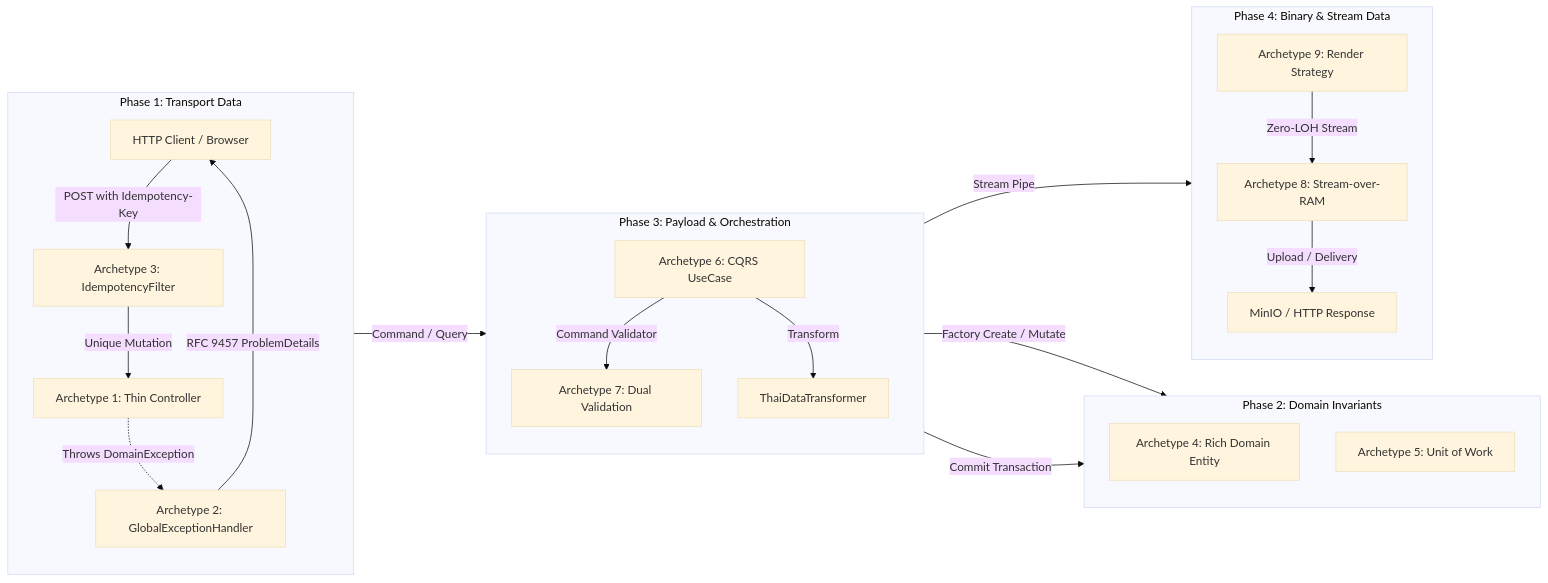
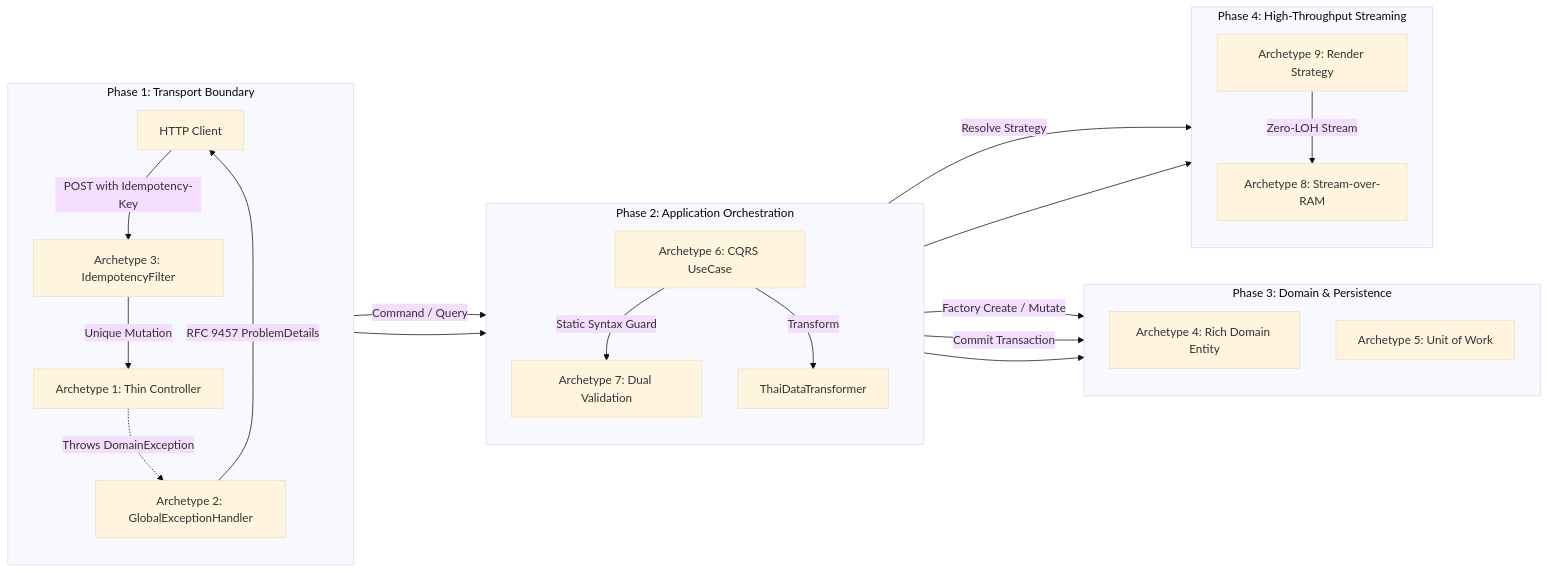
The second of 2 diagrams in docs/AI/PATTERNS.md (suang05/doc_template), drawn with Mermaid (base theme) before and after one commit. The commit also changed other lines of this file and 1 other file, not shown here.

````diff
--- a/docs/AI/PATTERNS.md
+++ b/docs/AI/PATTERNS.md
@@ -64,30 +143,33 @@
 ```mermaid
 graph LR
-    subgraph Phase1["Phase 1: Transport Data"]
+    subgraph Phase1["Phase 1: Transport Boundary"]
         direction TB
-        Client["HTTP Client / Browser"] -->|"POST with Idempotency-Key"| Idemp["Archetype 3: IdempotencyFilter"]
+        Client["HTTP Client"] -->|"POST with Idempotency-Key"| Idemp["Archetype 3: IdempotencyFilter"]
         Idemp -->|"Unique Mutation"| Ctrl["Archetype 1: Thin Controller"]
         Ctrl -.->|"Throws DomainException"| ExHandler["Archetype 2: GlobalExceptionHandler"]
         ExHandler -->|"RFC 9457 ProblemDetails"| Client
     end
 
-    subgraph Phase3["Phase 3: Payload & Orchestration"]
+    subgraph Phase2["Phase 2: Application Orchestration"]
         direction TB
         Ctrl -->|"Command / Query"| UseCase["Archetype 6: CQRS UseCase"]
-        UseCase -->|"Command Validator"| DualVal["Archetype 7: Dual Validation"]
+        UseCase -->|"Static Syntax Guard"| DualVal["Archetype 7: Dual Validation"]
         UseCase -->|"Transform"| Thai["ThaiDataTransformer"]
     end
 
-    subgraph Phase2["Phase 2: Domain Invariants"]
+    subgraph Phase3["Phase 3: Domain & Persistence"]
         direction TB
         UseCase -->|"Factory Create / Mutate"| Entity["Archetype 4: Rich Domain Entity"]
         UseCase -->|"Commit Transaction"| UoW["Archetype 5: Unit of Work"]
     end
 
-    subgraph Phase4["Phase 4: Binary & Stream Data"]
+    subgraph Phase4["Phase 4: High-Throughput Streaming"]
         direction TB
-        UseCase -->|"Stream Pipe"| Engine["Archetype 9: Render Strategy"]
+        UseCase -->|"Resolve Strategy"| Engine["Archetype 9: Render Strategy"]
         Engine -->|"Zero-LOH Stream"| StreamPipe["Archetype 8: Stream-over-RAM"]
-        StreamPipe -->|"Upload / Delivery"| Storage["MinIO / HTTP Response"]
     end
+
+    Phase1 --> Phase2
+    Phase2 --> Phase3
+    Phase2 --> Phase4
 ```
````
